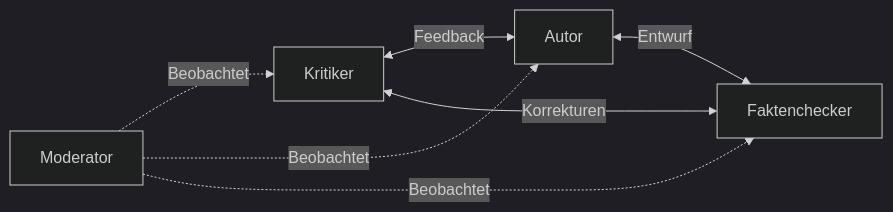
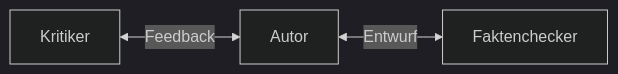
Before and after one commit to ralf-42/Agenten: the fourth of 5 diagrams in docs/concepts/Multi_Agent_Systeme.md, drawn with Mermaid (dark theme). The commit also changed other lines of this file and 15 other files, not shown here.

````diff
--- a/docs/concepts/Multi_Agent_Systeme.md
+++ b/docs/concepts/Multi_Agent_Systeme.md
@@ -476,10 +145,5 @@
 ```mermaid
 flowchart LR
     A[Kritiker] <-->|Feedback| B[Autor]
     B <-->|Entwurf| C[Faktenchecker]
-    C <-->|Korrekturen| A
-    
-    D[Moderator] -.->|Beobachtet| A
-    D -.->|Beobachtet| B
-    D -.->|Beobachtet| C
 ```
````
